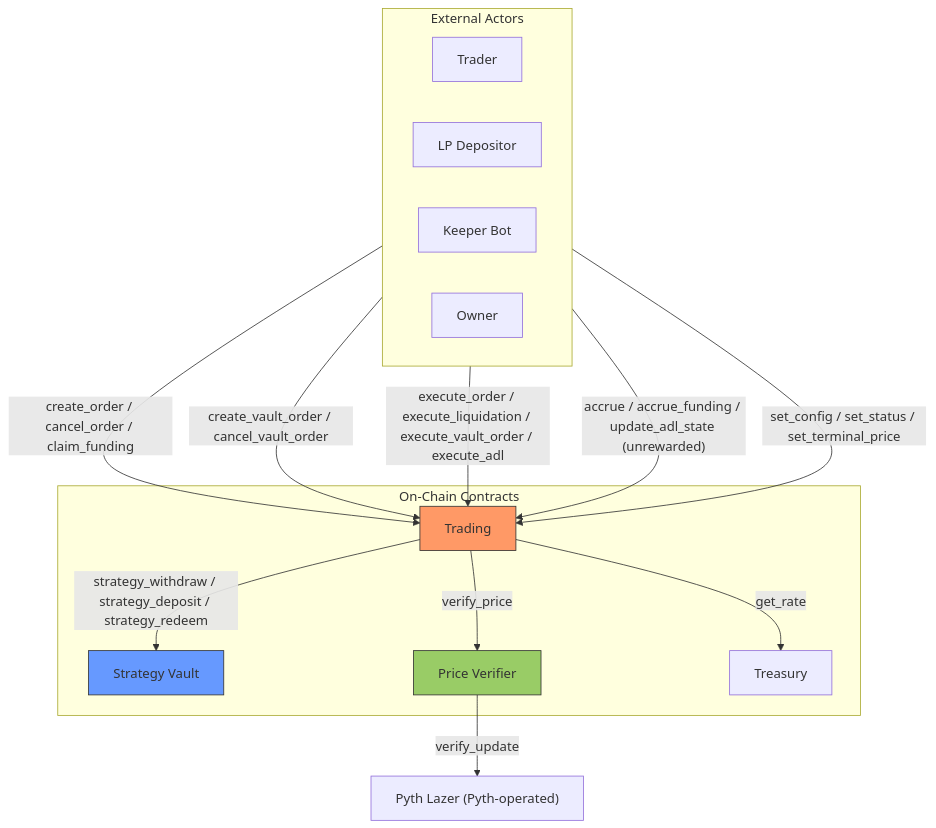
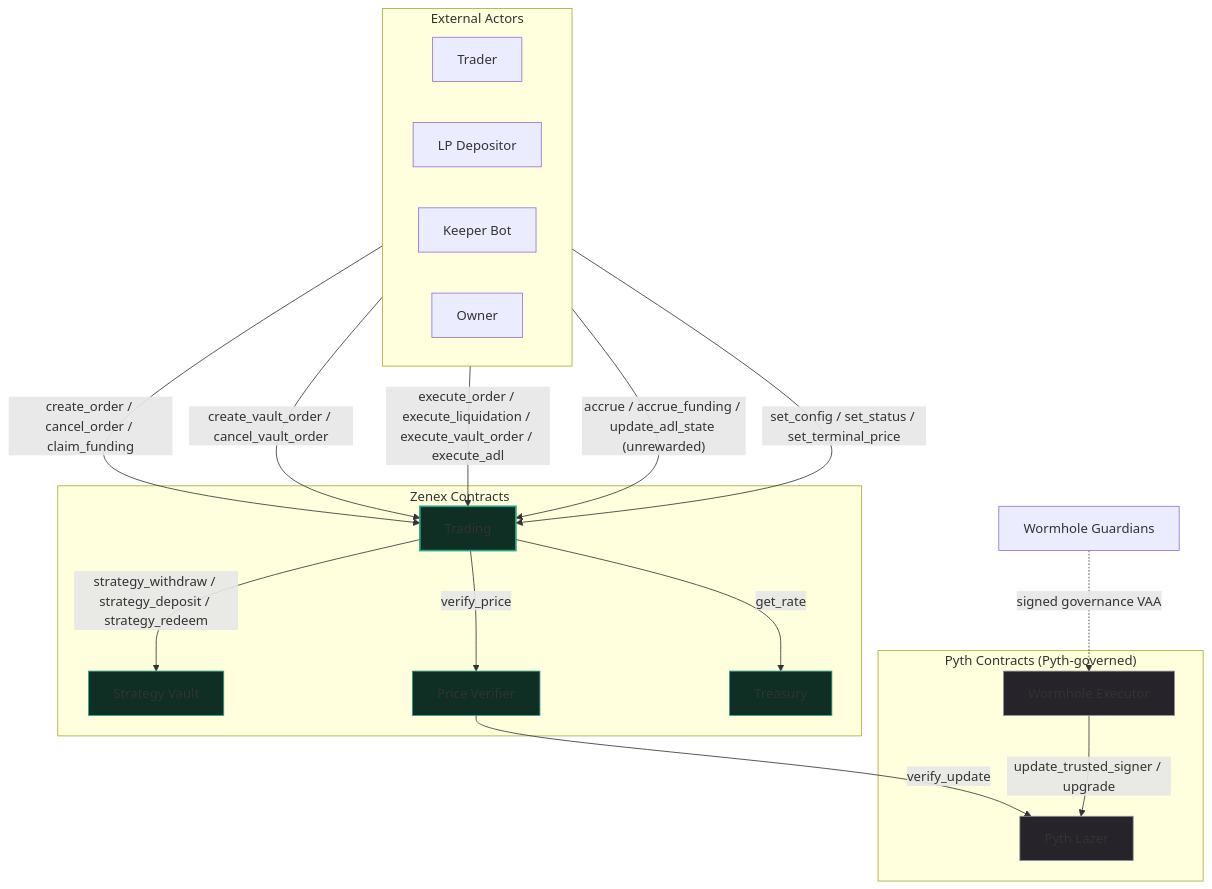
Before and after one commit to zenith-protocols/zenex-docs: the diagram in technical/index.md, drawn with Mermaid.

Commit message:
docs(technical): regroup data-flow diagram by contract ownership
Lazer moves into a Pyth-governed on-chain subgraph beside the
Wormhole executor, with guardians feeding signed governance VAAs
into the signer-update path. Zenex contracts take theme jade,
Pyth contracts neutral gray.

````diff
--- a/technical/index.md
+++ b/technical/index.md
@@ -41,34 +41,45 @@
 ```mermaid
 flowchart TB
     subgraph Actors["External Actors"]
         direction LR
         Trader["Trader"]
         LP["LP Depositor"]
         Keeper["Keeper Bot"]
         Admin["Owner"]
     end
 
-    subgraph Contracts["On-Chain Contracts"]
+    subgraph Zenex["Zenex Contracts"]
         Trading["Trading"]
         Vault["Strategy Vault"]
         PV["Price Verifier"]
         Treasury["Treasury"]
     end
 
-    Lazer["Pyth Lazer (Pyth-operated)"]
+    subgraph Pyth["Pyth Contracts (Pyth-governed)"]
+        Lazer["Pyth Lazer"]
+        Executor["Wormhole Executor"]
+    end
+
+    Guardians["Wormhole Guardians"]
 
     Trader -->|"create_order / cancel_order / claim_funding"| Trading
     LP -->|"create_vault_order / cancel_vault_order"| Trading
     Keeper -->|"execute_order / execute_liquidation / execute_vault_order / execute_adl"| Trading
     Keeper -->|"accrue / accrue_funding / update_adl_state (unrewarded)"| Trading
     Admin -->|"set_config / set_status / set_terminal_price"| Trading
 
     Trading -->|"verify_price"| PV
     PV -->|"verify_update"| Lazer
     Trading -->|"strategy_withdraw / strategy_deposit / strategy_redeem"| Vault
     Trading -->|"get_rate"| Treasury
 
-    style Trading fill:#f96,stroke:#333
-    style Vault fill:#69f,stroke:#333
-    style PV fill:#9c6,stroke:#333
+    Guardians -.->|"signed governance VAA"| Executor
+    Executor -->|"update_trusted_signer / upgrade"| Lazer
+
+    style Trading fill:#0f2e24,stroke:#29a383,stroke-width:2px
+    style Vault fill:#0f2e24,stroke:#29a383
+    style PV fill:#0f2e24,stroke:#29a383
+    style Treasury fill:#0f2e24,stroke:#29a383
+    style Lazer fill:#26232b,stroke:#8b8d98
+    style Executor fill:#26232b,stroke:#8b8d98
 ```
````
